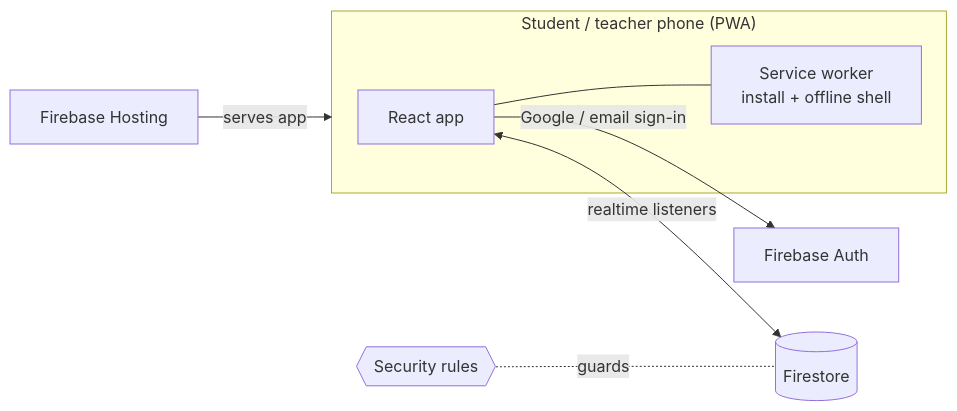
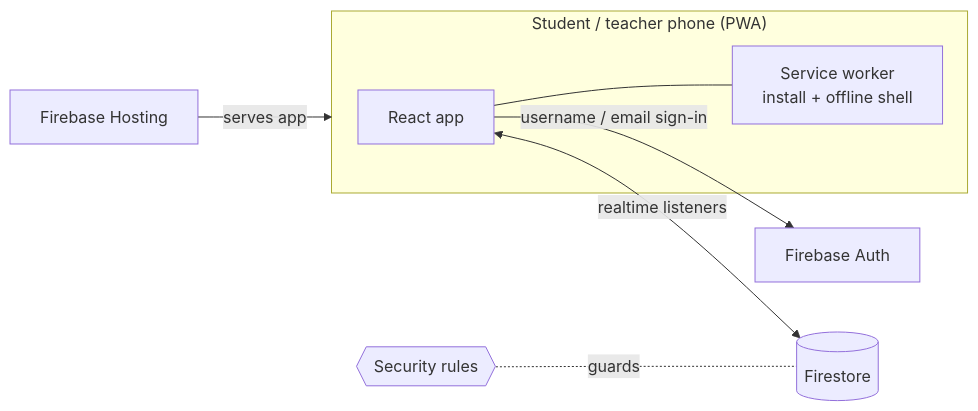
One commit to beyondmemax/BCNY-Teen-Leaderboard changed the diagram in README.md. Above: the diagram before and after it, drawn with Mermaid. The commit also changed other lines of this file and 3 other files, not shown here.

First line of the commit message:
Remove Google sign-in; teachers use email and password only

````diff
--- a/README.md
+++ b/README.md
@@ -45,10 +45,10 @@
 ```mermaid
 flowchart LR
   subgraph Phone["Student / teacher phone (PWA)"]
     UI[React app] --- SW[Service worker<br/>install + offline shell]
   end
-  UI -- "Google / email sign-in" --> AUTH[Firebase Auth]
+  UI -- "username / email sign-in" --> AUTH[Firebase Auth]
   UI <-- "realtime listeners" --> FS[(Firestore)]
   HOST[Firebase Hosting] -- "serves app" --> Phone
   RULES{{Security rules}} -.guards.- FS
 ```
````
